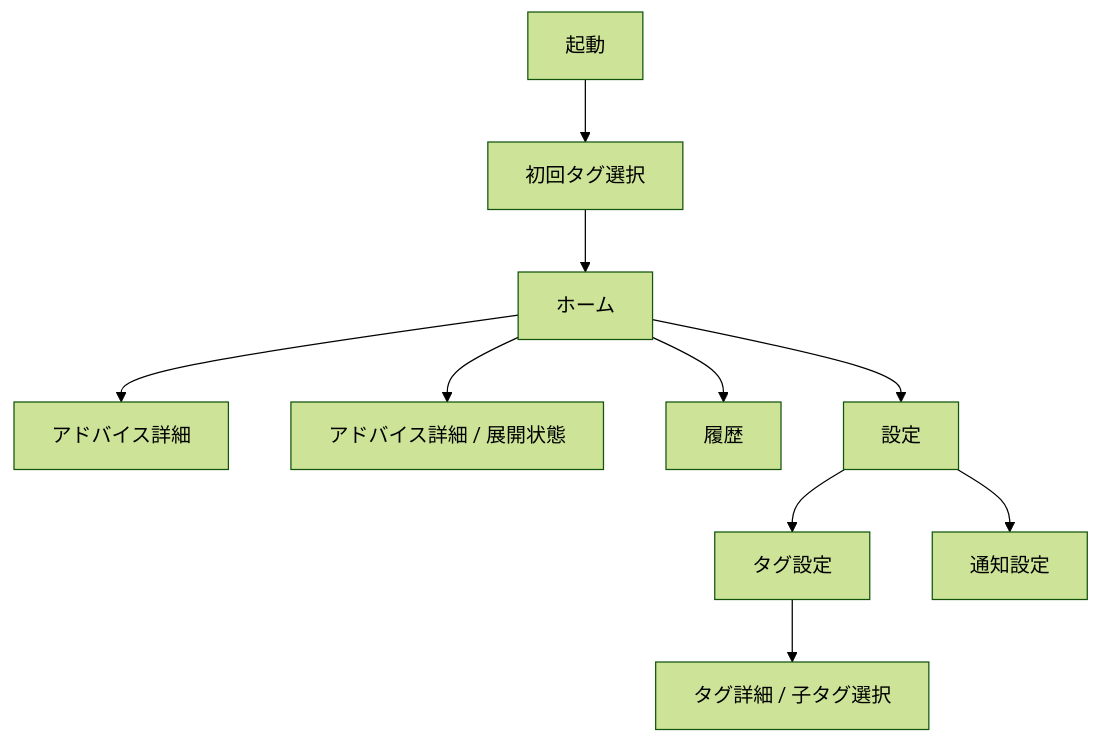
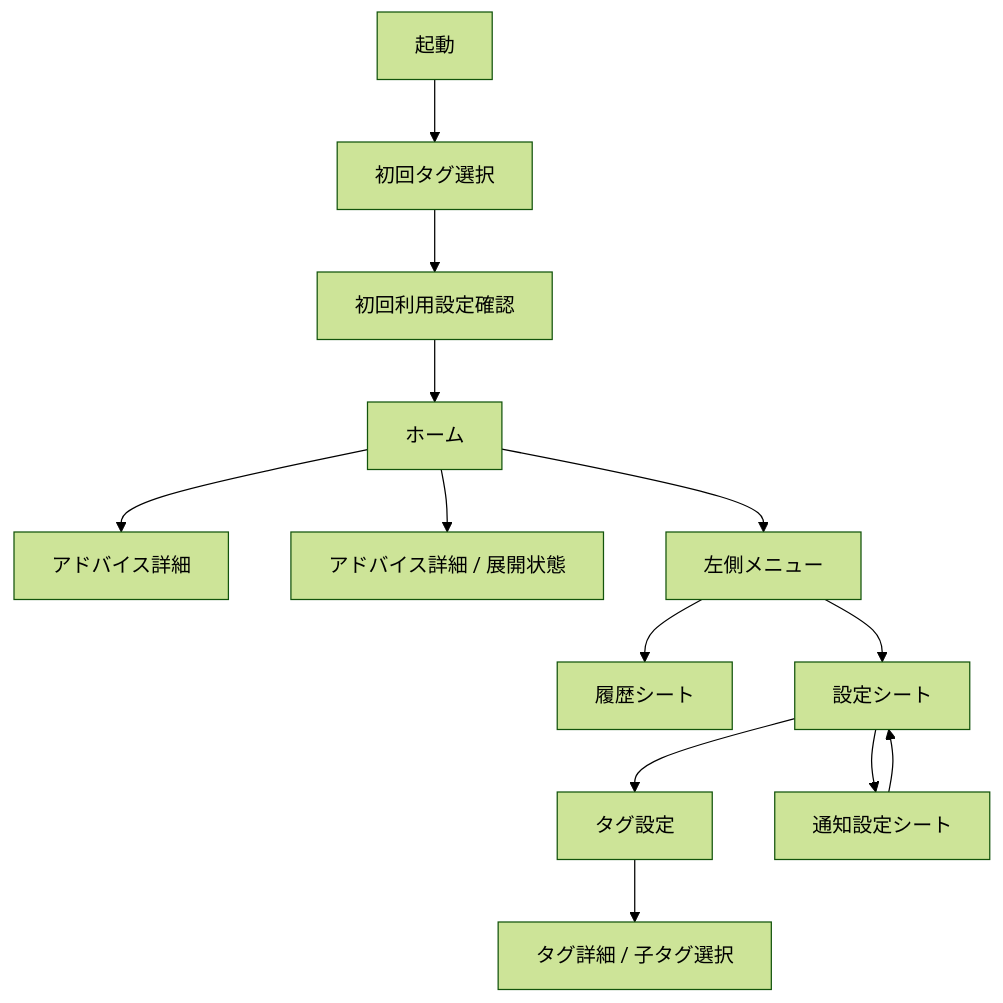
The first of 2 diagrams in wireframe_basic_design.md (tokyo-plus/tokyo-plus-spec), drawn with Mermaid (forest theme) before and after one commit. The commit also changed other lines of this file and 1 other file, not shown here.

````diff
--- a/wireframe_basic_design.md
+++ b/wireframe_basic_design.md
@@ -13,12 +26,15 @@
 ```mermaid
 flowchart TD
   A[起動] --> B[初回タグ選択]
-  B --> C[ホーム]
-  C --> D[アドバイス詳細]
-  C --> D2[アドバイス詳細 / 展開状態]
-  C --> E[履歴]
-  C --> F[設定]
-  F --> G[タグ設定]
-  F --> H[通知設定]
-  G --> I[タグ詳細 / 子タグ選択]
+  B --> C[初回利用設定確認]
+  C --> D[ホーム]
+  D --> E[アドバイス詳細]
+  D --> E2[アドバイス詳細 / 展開状態]
+  D --> M[左側メニュー]
+  M --> N[履歴シート]
+  M --> O[設定シート]
+  O --> P[タグ設定]
+  O --> Q[通知設定シート]
+  Q --> O
+  P --> R[タグ詳細 / 子タグ選択]
 ```
````
